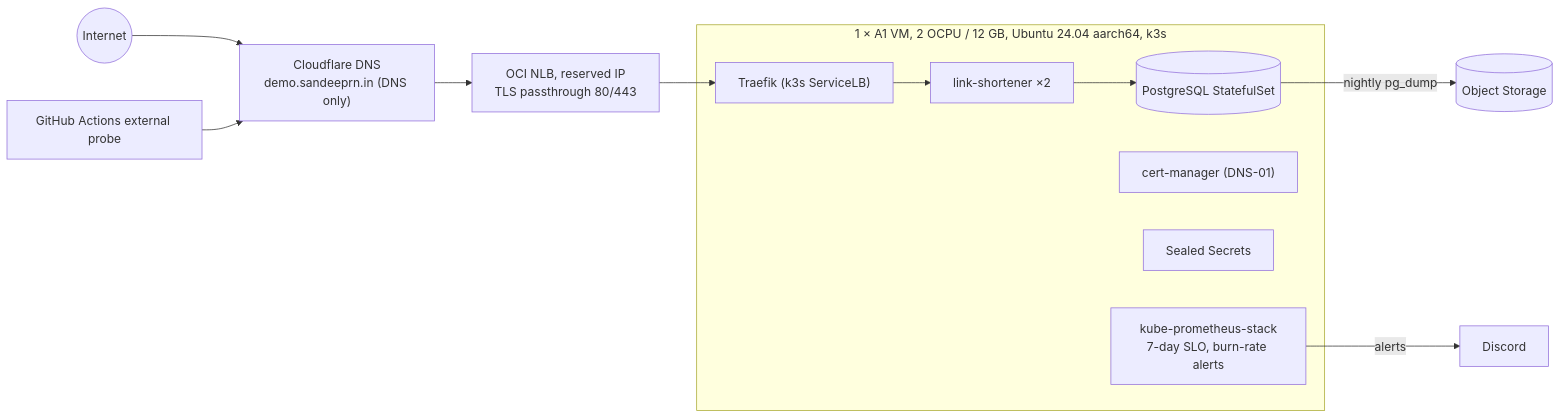
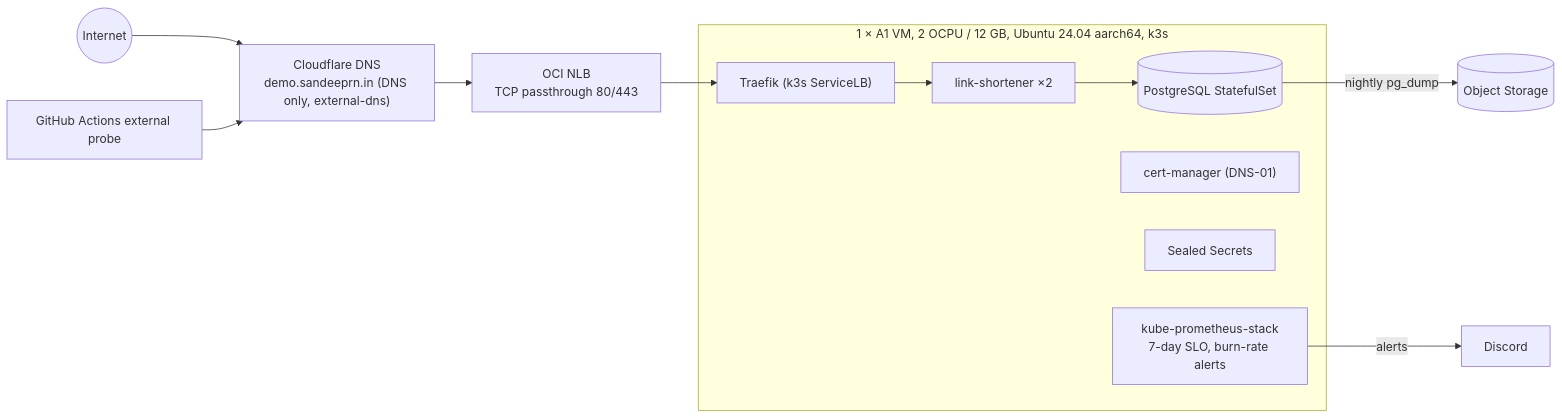
The sixth of 6 diagrams in docs/architecture.md (Sandeep-RN/oci-k8s-gitops-demo), drawn with Mermaid before and after one commit. The commit also changed other lines of this file and 7 other files, not shown here.

````diff
--- a/docs/architecture.md
+++ b/docs/architecture.md
@@ -280,16 +283,16 @@
 ```mermaid
 flowchart LR
-    user(("Internet")) --> cf["Cloudflare DNS<br/>demo.sandeeprn.in (DNS only)"]
-    cf --> nlb["OCI NLB, reserved IP<br/>TLS passthrough 80/443"]
+    user(("Internet")) --> cf["Cloudflare DNS<br/>demo.sandeeprn.in (DNS only, external-dns)"]
+    cf --> nlb["OCI NLB<br/>TCP passthrough 80/443"]
     nlb --> traefik["Traefik (k3s ServiceLB)"]
     subgraph node["1 × A1 VM, 2 OCPU / 12 GB, Ubuntu 24.04 aarch64, k3s"]
       traefik --> backend["link-shortener ×2"]
       backend --> pg[("PostgreSQL StatefulSet")]
       certm["cert-manager (DNS-01)"]
       sealed["Sealed Secrets"]
       prom["kube-prometheus-stack<br/>7-day SLO, burn-rate alerts"]
     end
     pg -->|"nightly pg_dump"| os[("Object Storage")]
     prom -->|"alerts"| discord["Discord"]
     probe["GitHub Actions external probe"] --> cf
 ```
````
